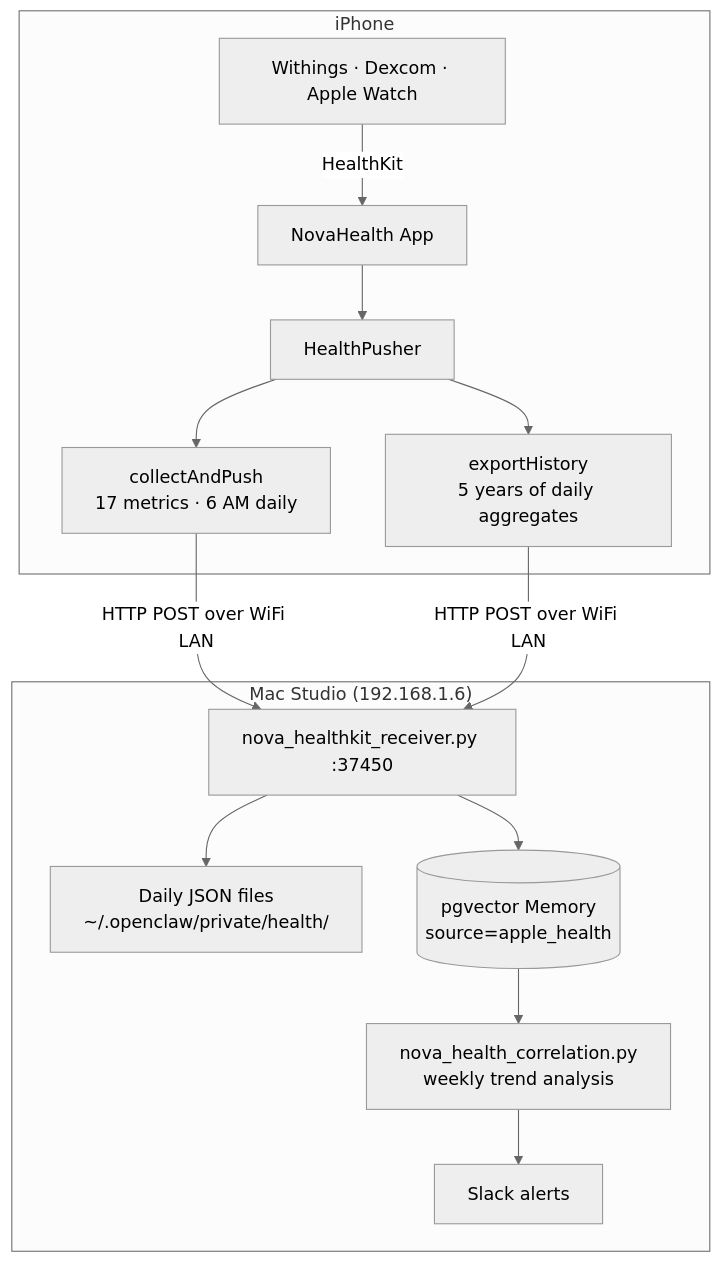
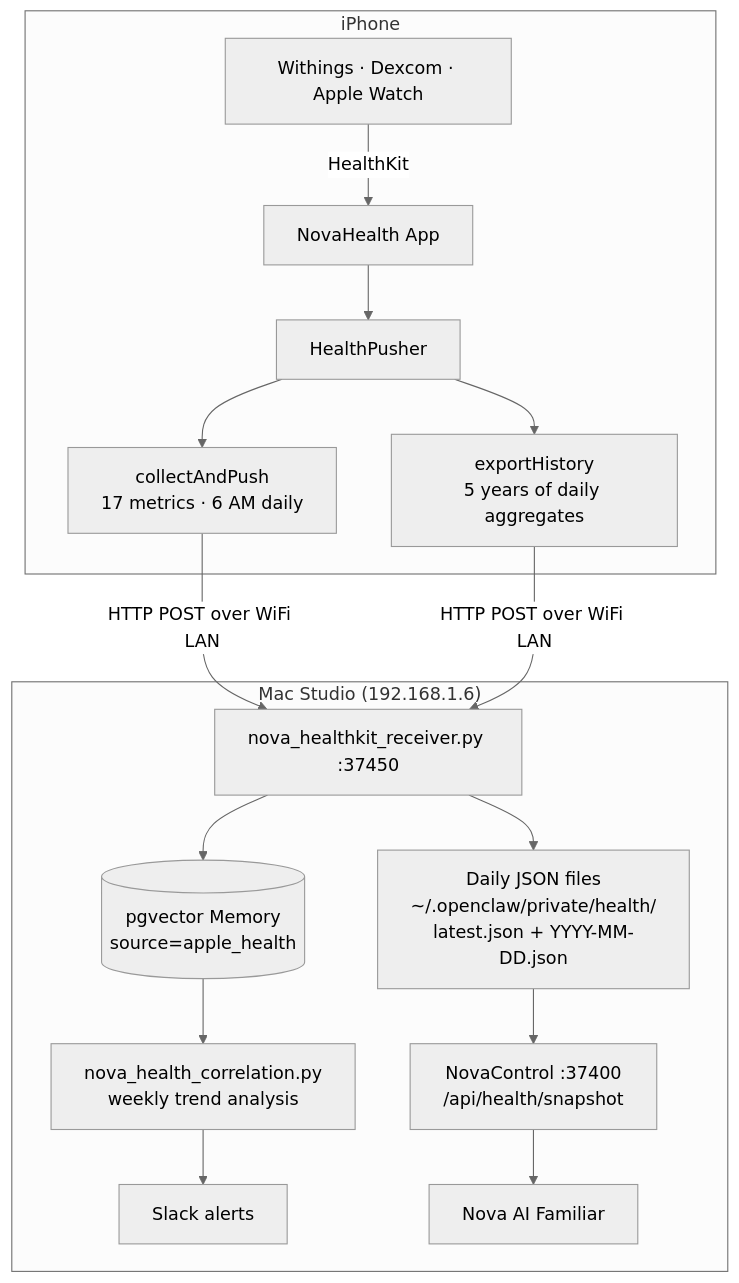
The first of 3 diagrams in README.md (kochj23/NovaHealth), drawn with Mermaid (neutral theme) before and after one commit. The commit also changed other lines of this file, not shown here.

First line of the commit message:
docs: Update README — NovaControl /api/health/snapshot integration

````diff
--- a/README.md
+++ b/README.md
@@ -17,19 +17,21 @@
 ```mermaid
 graph TD
     subgraph iPhone
         Devices[Withings · Dexcom · Apple Watch] -->|HealthKit| App[NovaHealth App]
         App --> Pusher[HealthPusher]
         Pusher --> Daily[collectAndPush<br/>17 metrics · 6 AM daily]
         Pusher --> History[exportHistory<br/>5 years of daily aggregates]
     end
 
     Daily & History -->|HTTP POST over WiFi LAN| Receiver
 
     subgraph Mac["Mac Studio (192.168.1.6)"]
         Receiver[nova_healthkit_receiver.py :37450]
-        Receiver --> Files[Daily JSON files<br/>~/.openclaw/private/health/]
+        Receiver --> Files["Daily JSON files<br/>~/.openclaw/private/health/<br/>latest.json + YYYY-MM-DD.json"]
         Receiver --> Memory[(pgvector Memory<br/>source=apple_health)]
         Memory --> Corr[nova_health_correlation.py<br/>weekly trend analysis]
         Corr --> Slack[Slack alerts]
+        Files --> NovaControl["NovaControl :37400<br/>/api/health/snapshot"]
+        NovaControl --> Nova[Nova AI Familiar]
     end
 ```
````
